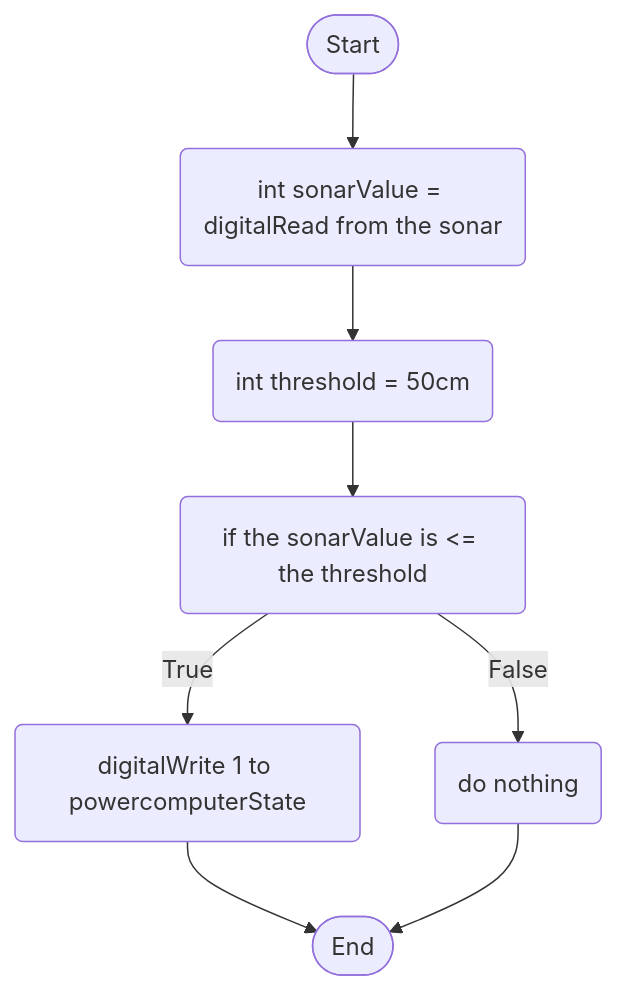
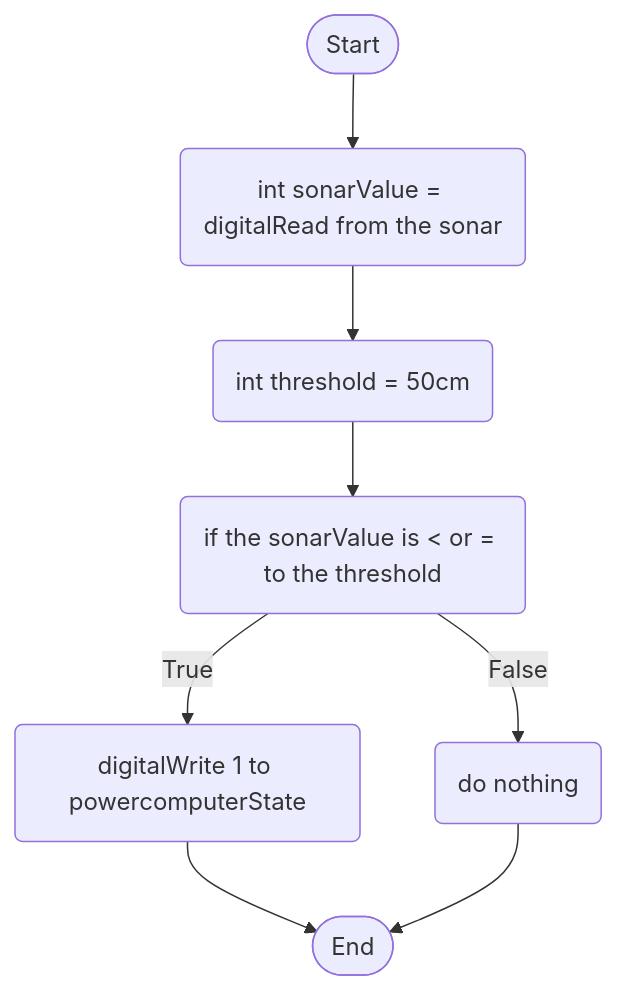
Before and after one commit to 4060269/SmartWorkstationAssessment3: the diagram in Flowcharts/sonarLogic.md, drawn with Mermaid.

````diff
--- a/Flowcharts/sonarLogic.md
+++ b/Flowcharts/sonarLogic.md
@@ -4,18 +4,18 @@
 ```mermaid
 flowchart TD
 terminalStart([Start])
 terminalEnd([End])
 setsonarValue(int sonarValue = digitalRead from the sonar)
 setsonarThreshold(int threshold = 50cm)
-activateSonar0(if the sonarValue is <= the threshold)
+activateSonar0(if the sonarValue is < or = to the threshold)
 activateSonar1(digitalWrite 1 to powercomputerState)
 activateSonar2(do nothing)
 
 terminalStart --> setsonarValue
 setsonarValue --> setsonarThreshold
 setsonarThreshold --> activateSonar0
 activateSonar0 --> |True| activateSonar1
 activateSonar0 --> |False| activateSonar2
 activateSonar1 --> terminalEnd
 activateSonar2 --> terminalEnd
 ```
````
